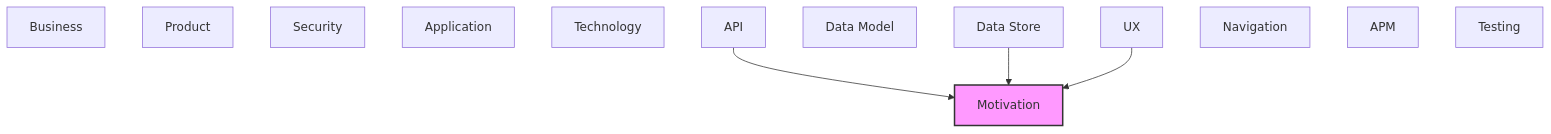
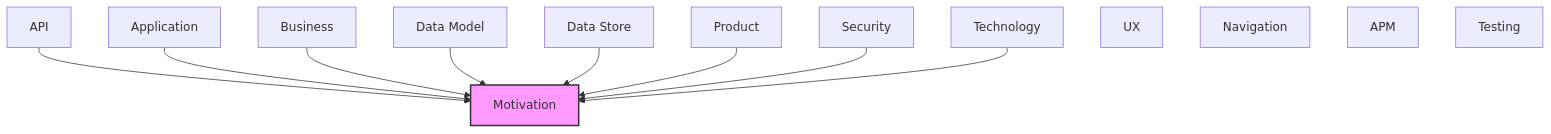
Before and after one commit to tinkermonkey/context-studio: the diagram in documentation-robotics/reports/01-motivation-layer-report.md, drawn with Mermaid. The commit also changed other lines of this file and 93 other files, not shown here.

````diff
--- a/documentation-robotics/reports/01-motivation-layer-report.md
+++ b/documentation-robotics/reports/01-motivation-layer-report.md
@@ -64,21 +94,26 @@
 ```mermaid
 flowchart TB
   classDef current fill:#f9f,stroke:#333,stroke-width:2px
   motivation["Motivation"]
   business["Business"]
   product["Product"]
   security["Security"]
   application["Application"]
   technology["Technology"]
   api["API"]
   data_model["Data Model"]
   data_store["Data Store"]
   ux["UX"]
   navigation["Navigation"]
   apm["APM"]
   testing["Testing"]
   api --> motivation
+  application --> motivation
+  business --> motivation
+  data_model --> motivation
   data_store --> motivation
-  ux --> motivation
+  product --> motivation
+  security --> motivation
+  technology --> motivation
   class motivation current
 ```
````
